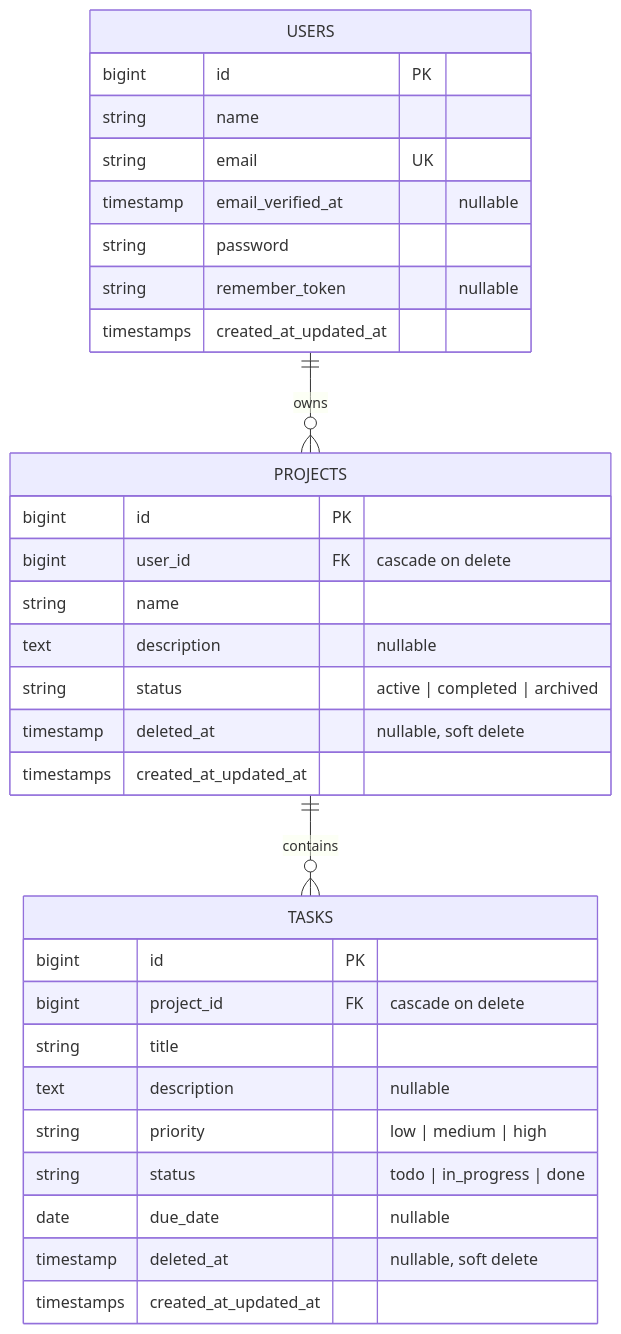
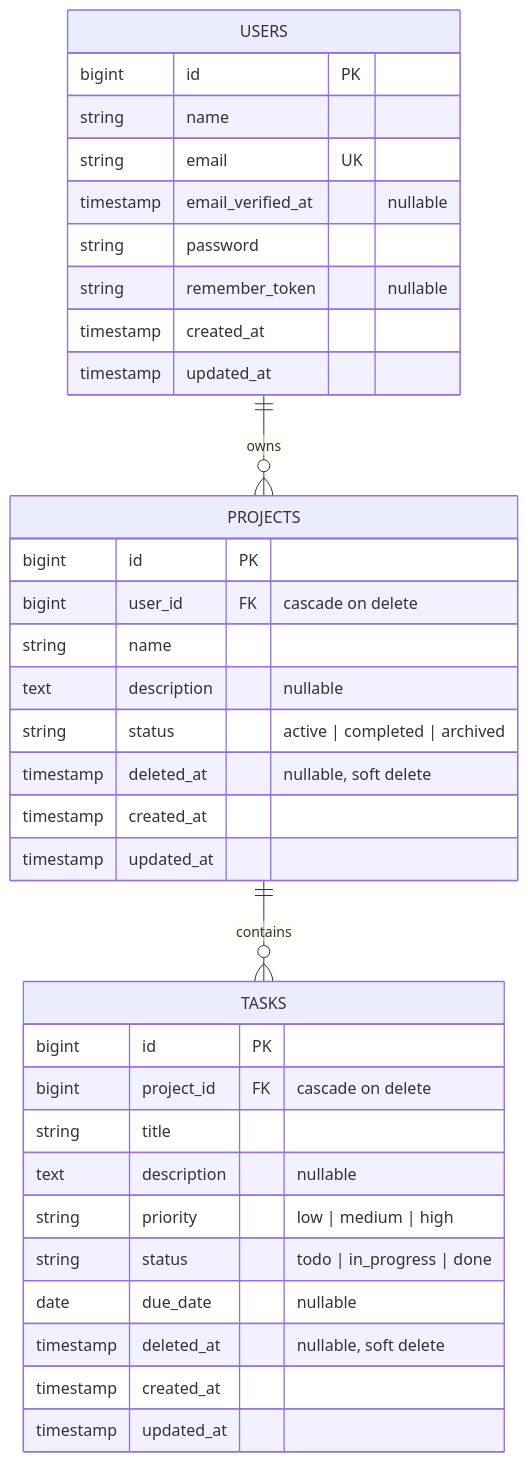
One commit to ali-abdellatif/ElectroPiTask changed the diagram in docs/ERD.md. Above: the diagram before and after it, drawn with Mermaid. The commit also changed 2 other files, not shown here.

Commit message:
docs: update README and ERD for clarity on database requirements and timestamps

````diff
--- a/docs/ERD.md
+++ b/docs/ERD.md
@@ -10,37 +10,40 @@
 ```mermaid
 erDiagram
     USERS ||--o{ PROJECTS : owns
     PROJECTS ||--o{ TASKS : contains
 
     USERS {
         bigint id PK
         string name
         string email UK
         timestamp email_verified_at "nullable"
         string password
         string remember_token "nullable"
-        timestamps created_at_updated_at
+        timestamp created_at
+        timestamp updated_at
     }
 
     PROJECTS {
         bigint id PK
         bigint user_id FK "cascade on delete"
         string name
         text description "nullable"
         string status "active | completed | archived"
         timestamp deleted_at "nullable, soft delete"
-        timestamps created_at_updated_at
+        timestamp created_at
+        timestamp updated_at
     }
 
     TASKS {
         bigint id PK
         bigint project_id FK "cascade on delete"
         string title
         text description "nullable"
         string priority "low | medium | high"
         string status "todo | in_progress | done"
         date due_date "nullable"
         timestamp deleted_at "nullable, soft delete"
-        timestamps created_at_updated_at
+        timestamp created_at
+        timestamp updated_at
     }
 ```
````
